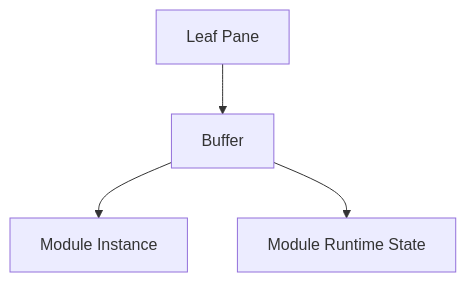
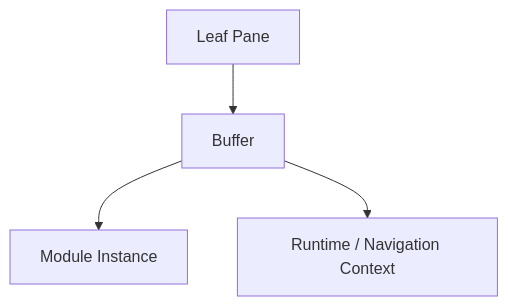
One commit to kjvonly/kjvonly.bible changed the third of 5 diagrams in docs/01_application-architecture/002-workspace-runtime.md. Above: the diagram before and after it, drawn with Mermaid. The commit also changed other lines of this file, not shown here.

Commit message:
revise workspace runtime

````diff
--- a/docs/01_application-architecture/002-workspace-runtime.md
+++ b/docs/01_application-architecture/002-workspace-runtime.md
@@ -652,17 +619,17 @@
 ```mermaid
 flowchart TD
 
-    PANE["Leaf Pane"]
+    Pane["Leaf Pane"]
 
-    BUFFER["Buffer"]
+    Buffer["Buffer"]
 
-    MODULE["Module Instance"]
+    Module["Module Instance"]
 
-    STATE["Module Runtime State"]
+    Context["Runtime / Navigation Context"]
 
-    PANE --> BUFFER
+    Pane --> Buffer
 
-    BUFFER --> MODULE
+    Buffer --> Module
 
-    BUFFER --> STATE
+    Buffer --> Context
 ```
````
